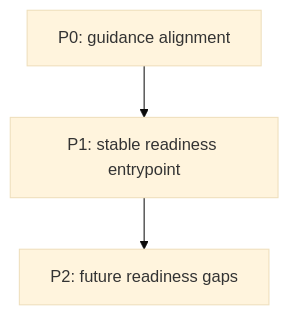
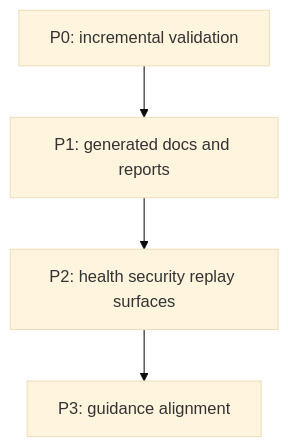
One commit to pestopoppa/llama.cpp changed the diagram in docs/epyc-llama-readiness-index.md. Above: the diagram before and after it, drawn with Mermaid (base theme). The commit also changed other lines of this file and 11 other files, not shown here.

Commit message:
docs: add v7 readiness validation surfaces

````diff
--- a/docs/epyc-llama-readiness-index.md
+++ b/docs/epyc-llama-readiness-index.md
@@ -30,5 +34,6 @@
 ```mermaid
 graph TD
-  R1[P0: guidance alignment] --> R2[P1: stable readiness entrypoint]
-  R2 --> R3[P2: future readiness gaps]
+  R1[P0: incremental validation] --> R2[P1: generated docs and reports]
+  R2 --> R3[P2: health security replay surfaces]
+  R3 --> R4[P3: guidance alignment]
 ```
````
